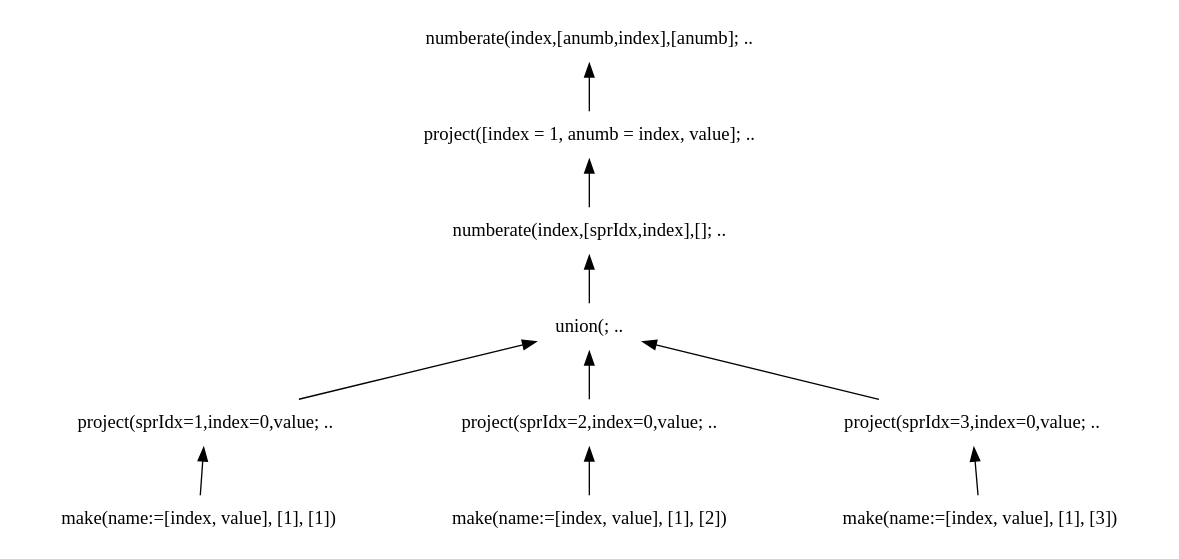
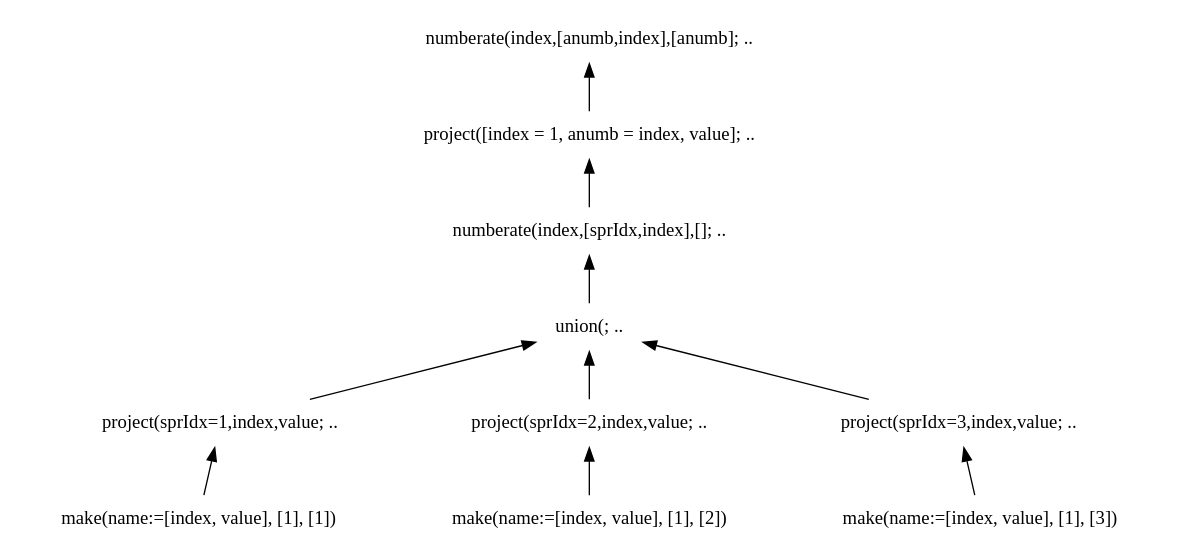
The diagram in doc/img/graphs/td_impl_flwor_simple.xq_relalg.dot (andrerav/xqft-parser), drawn with Graphviz before and after one commit. The commit also changed 7 other files, not shown here.

```diff
--- a/doc/img/graphs/td_impl_flwor_simple.xq_relalg.dot
+++ b/doc/img/graphs/td_impl_flwor_simple.xq_relalg.dot
@@ -1,24 +1,24 @@
 digraph AST {
 edge [color=black, dir=both, weight=1, fontcolor=black, arrowhead=none, arrowtail=normal]
 node [shape=plaintext]
   numberate1 -> project2
     project2 -> numberate3
       numberate3 -> union4
         union4 -> project5
           project5 -> make6
 make6 [label="make(name:=[index, value], [1], [1])"]
-project5 [label="project(sprIdx=1,index=0,value; .."]
+project5 [label="project(sprIdx=1,index,value; .."]
           union4 -> project7
             project7 -> make8
 make8 [label="make(name:=[index, value], [1], [2])"]
-project7 [label="project(sprIdx=2,index=0,value; .."]
+project7 [label="project(sprIdx=2,index,value; .."]
             union4 -> project9
               project9 -> make10
 make10 [label="make(name:=[index, value], [1], [3])"]
-project9 [label="project(sprIdx=3,index=0,value; .."]
+project9 [label="project(sprIdx=3,index,value; .."]
 union4 [label="union(; .."]
 numberate3 [label="numberate(index,[sprIdx,index],[]; .."]
 project2 [label="project([index = 1, anumb = index, value]; .."]
 numberate1 [label="numberate(index,[anumb,index],[anumb]; .."]
 
 }
```
